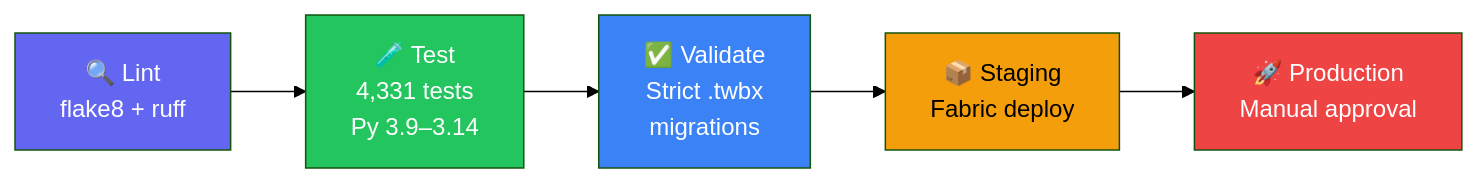
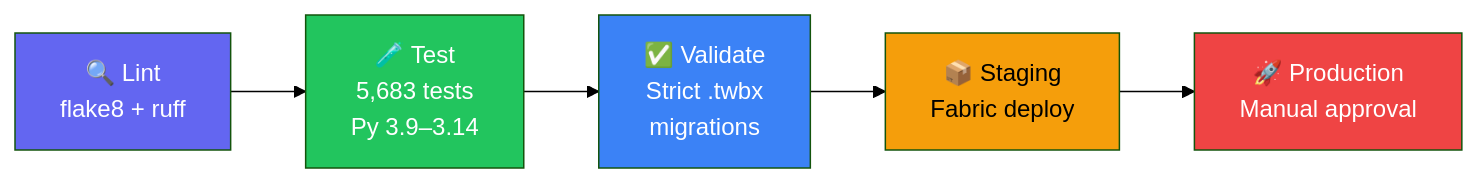
One commit to cyphou/Tableau-To-PowerBI changed the third of 3 diagrams in README.md. Above: the diagram before and after it, drawn with Mermaid (forest theme). The commit also changed other lines of this file and 9 other files, not shown here.

````diff
--- a/README.md
+++ b/README.md
@@ -608,13 +608,13 @@
 ```mermaid
 flowchart LR
-    L["🔍 Lint\nflake8 + ruff"] --> T["🧪 Test\n4,331 tests\nPy 3.9–3.14"]
+    L["🔍 Lint\nflake8 + ruff"] --> T["🧪 Test\n5,683 tests\nPy 3.9–3.14"]
     T --> V["✅ Validate\nStrict .twbx\nmigrations"]
     V --> S["📦 Staging\nFabric deploy"]
     S --> P["🚀 Production\nManual approval"]
     
     style L fill:#6366f1,color:#fff
     style T fill:#22c55e,color:#fff
     style V fill:#3b82f6,color:#fff
     style S fill:#f59e0b,color:#000
     style P fill:#ef4444,color:#fff
 ```
````
